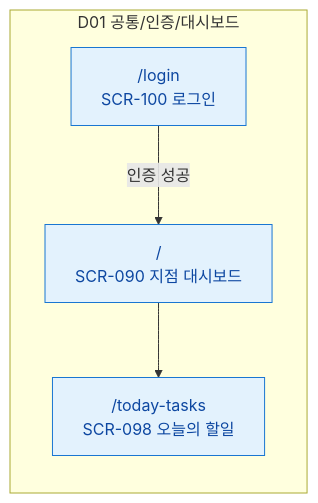
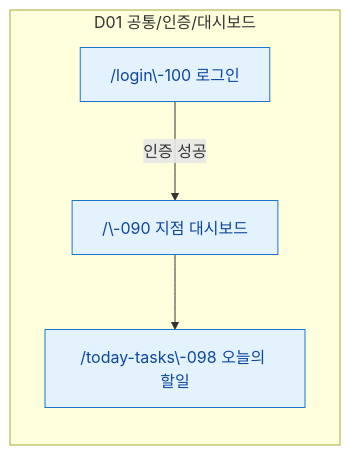
One commit to dev-spogym/admin-pando changed the first of 11 diagrams in docs/다이어그램/00_사이트맵/N2_도메인별_사이트맵.md. Above: the diagram before and after it, drawn with Mermaid. The commit also changed other lines of this file and 1660 other files, not shown here.

First line of the commit message:
다이어그램: 기획자/클라이언트 납품본으로 정리

````diff
--- a/docs/다이어그램/00_사이트맵/N2_도메인별_사이트맵.md
+++ b/docs/다이어그램/00_사이트맵/N2_도메인별_사이트맵.md
@@ -16,14 +13,14 @@
 ```mermaid
 flowchart LR
     subgraph D01["D01 공통/인증/대시보드"]
-        SCR100["/login\nSCR-100 로그인"]
-        SCR090["/\nSCR-090 지점 대시보드"]
-        SCR098["/today-tasks\nSCR-098 오늘의 할일"]
+        SCR100["/login\-100 로그인"]
+        SCR090["/\-090 지점 대시보드"]
+        SCR098["/today-tasks\-098 오늘의 할일"]
     end
 
-    SCR100 -->|"인증 성공"| SCR090
+    SCR100 -->|"인증 성공"|SCR090
     SCR090 --> SCR098
 
     classDef screen fill:#E3F2FD,stroke:#1976D2,color:#0D47A1
     class SCR100,SCR090,SCR098 screen
 ```
````
